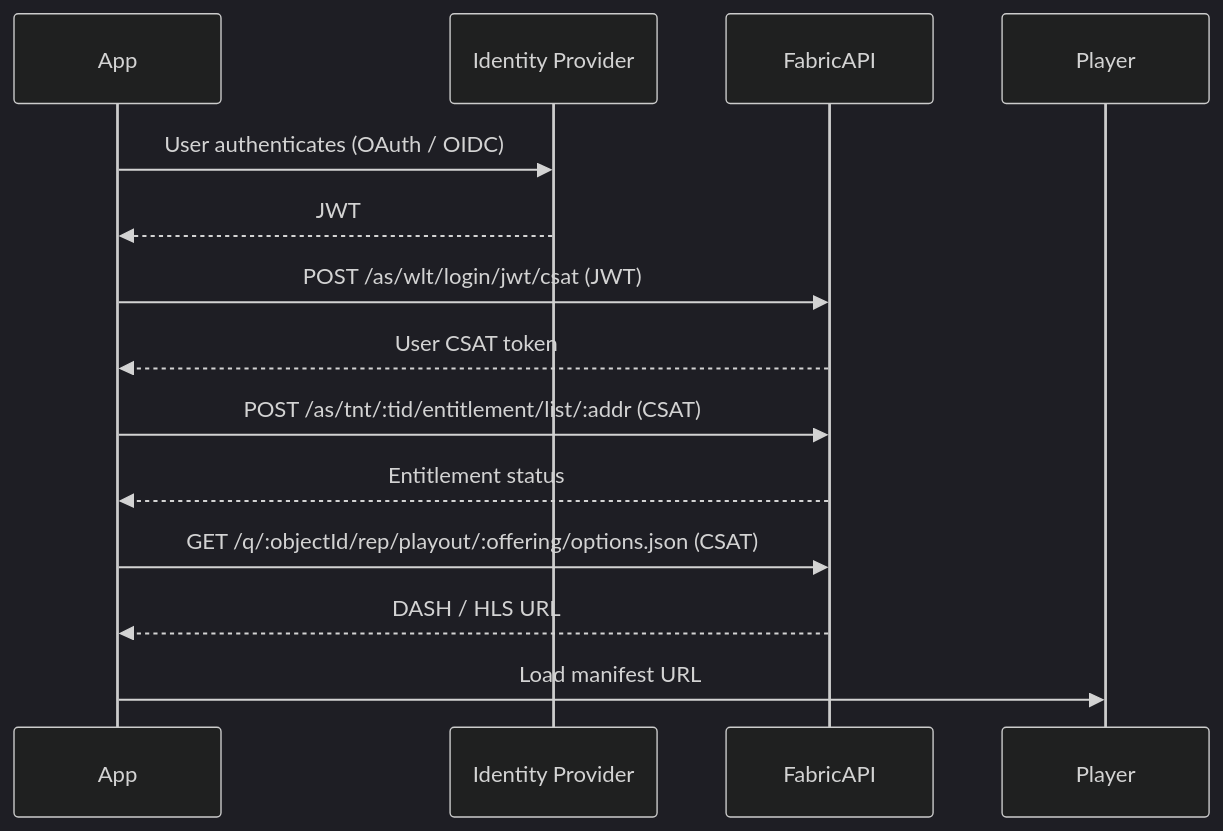
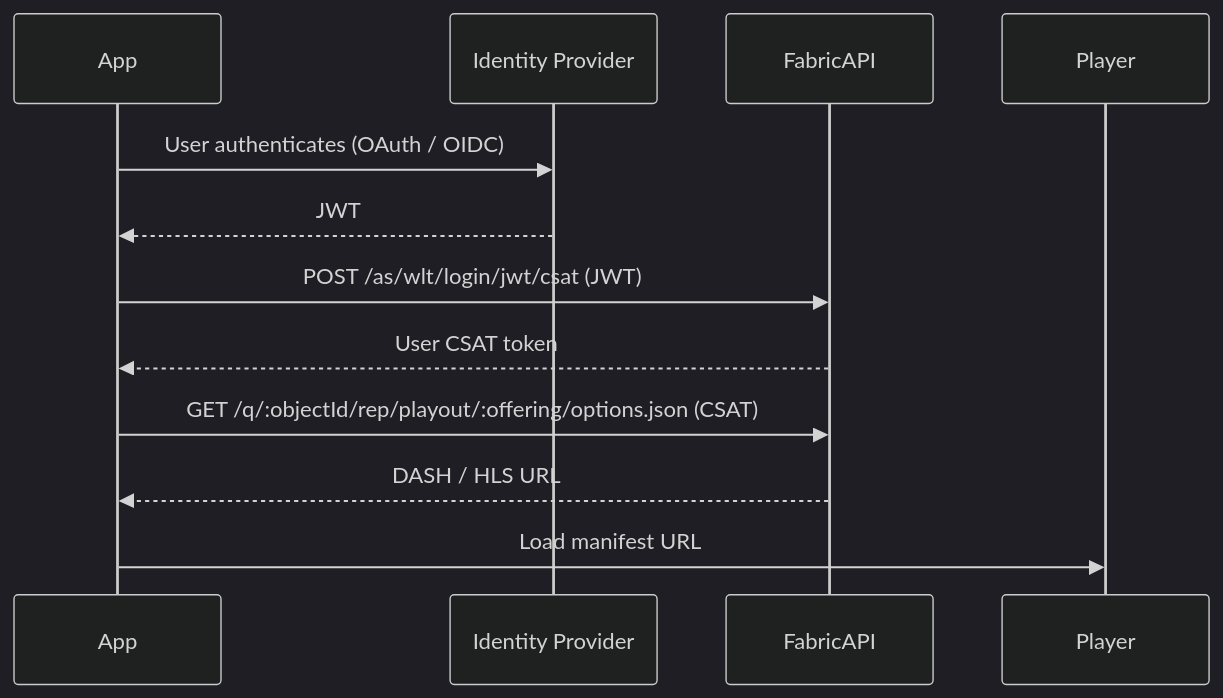
The diagram in media-wallet/playout/README.md (eluv-io/elv-docs), drawn with Mermaid (dark theme) before and after one commit. The commit also changed 2 other files, not shown here.

Commit message:
rm entitlement from playout

````diff
--- a/media-wallet/playout/README.md
+++ b/media-wallet/playout/README.md
@@ -11,21 +11,18 @@
 ```mermaid
 sequenceDiagram
     participant App
     participant IdP as Identity Provider
     participant FabricAPI
     participant Player
 
     App->>IdP: User authenticates (OAuth / OIDC)
     IdP-->>App: JWT
 
     App->>FabricAPI: POST /as/wlt/login/jwt/csat (JWT)
     FabricAPI-->>App: User CSAT token
 
-    App->>FabricAPI: POST /as/tnt/:tid/entitlement/list/:addr (CSAT)
-    FabricAPI-->>App: Entitlement status
-
     App->>FabricAPI: GET /q/:objectId/rep/playout/:offering/options.json (CSAT)
     FabricAPI-->>App: DASH / HLS URL
 
     App->>Player: Load manifest URL
 ```
````
